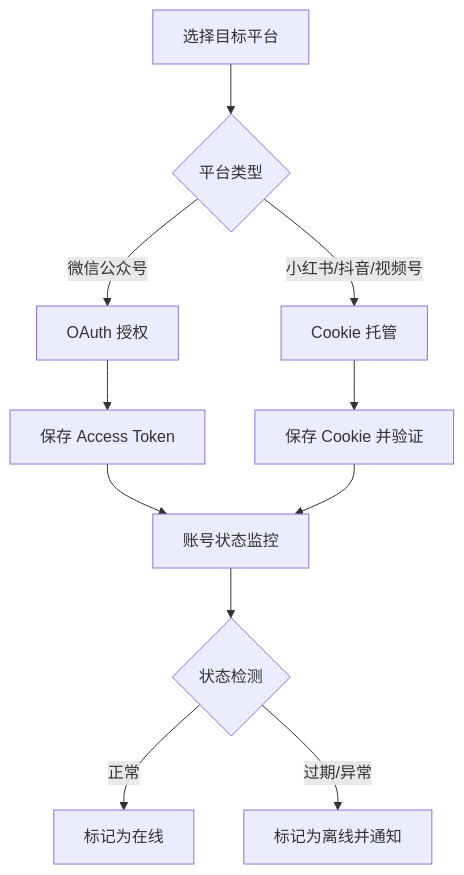
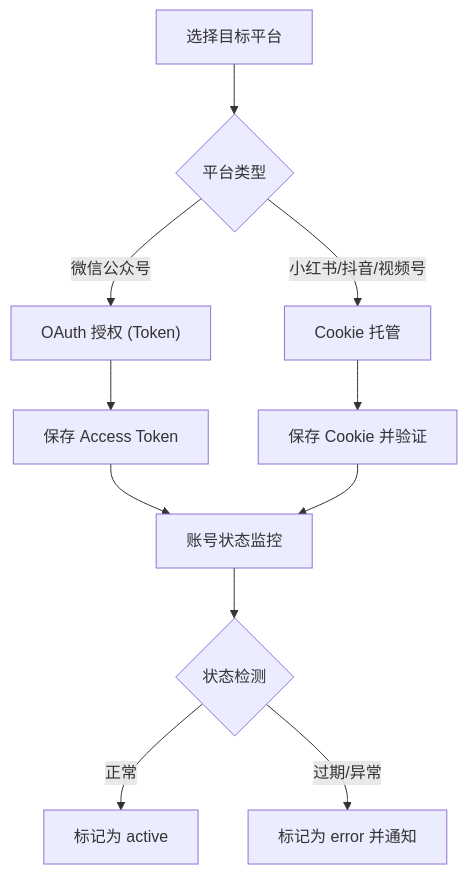
The second of 2 diagrams in .trae/documents/PRD.md (zhangming123456/ai-multi-platform-release), drawn with Mermaid before and after one commit. The commit also changed other lines of this file and 1 other file, not shown here.

````diff
--- a/.trae/documents/PRD.md
+++ b/.trae/documents/PRD.md
@@ -76,13 +92,13 @@
 ```mermaid
 flowchart TD
     A["选择目标平台"] --> B{"平台类型"}
-    B -->|"微信公众号"| C["OAuth 授权"]
+    B -->|"微信公众号"| C["OAuth 授权 (Token)"]
     B -->|"小红书/抖音/视频号"| D["Cookie 托管"]
     C --> E["保存 Access Token"]
     D --> F["保存 Cookie 并验证"]
     E --> G["账号状态监控"]
     F --> G
     G --> H{"状态检测"}
-    H -->|"正常"| I["标记为在线"]
-    H -->|"过期/异常"| J["标记为离线并通知"]
+    H -->|"正常"| I["标记为 active"]
+    H -->|"过期/异常"| J["标记为 error 并通知"]
 ```
````
